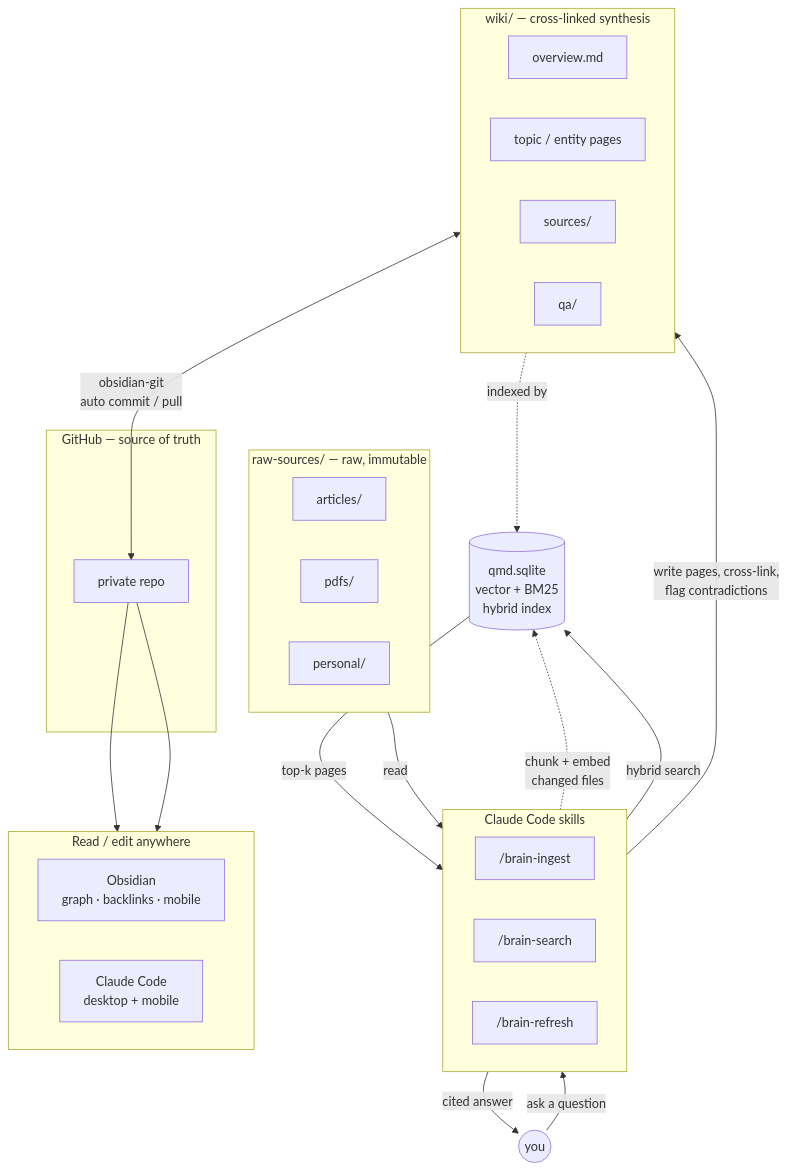
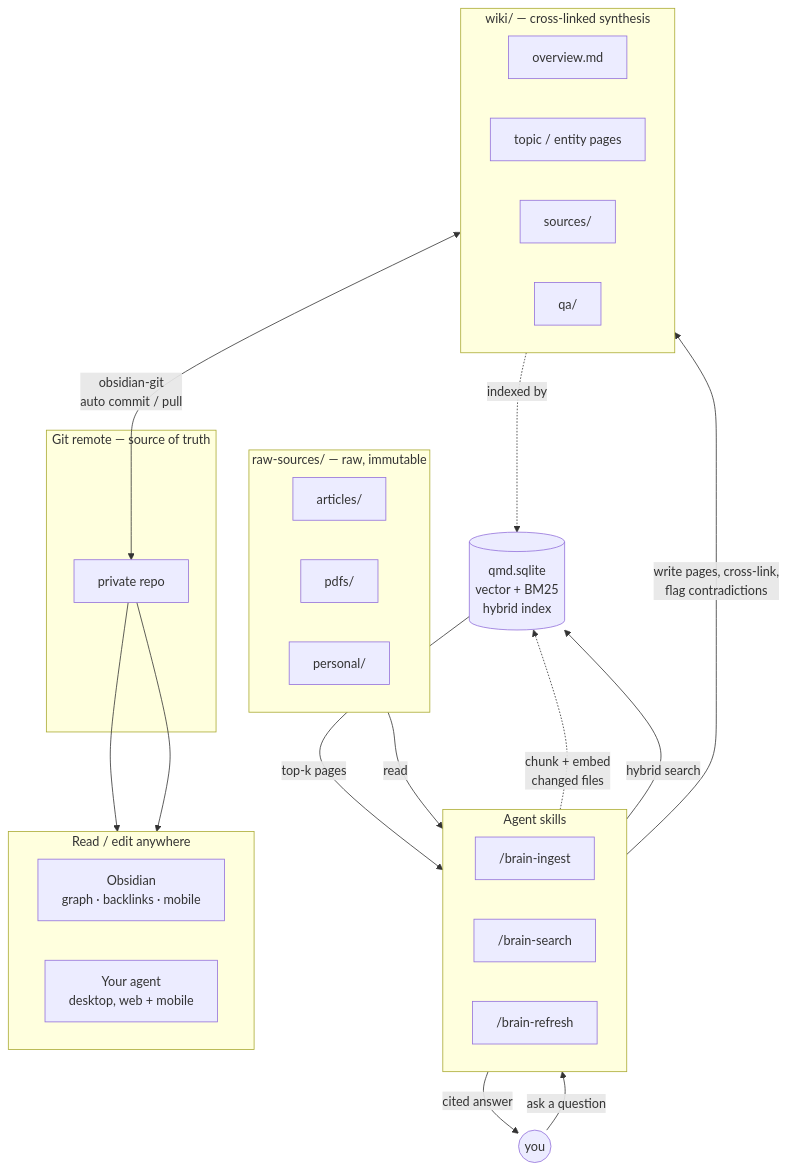
Before and after one commit to jessepinkman9900/claude-second-brain: the diagram in concepts/how-it-works.md, drawn with Mermaid. The commit also changed other lines of this file and 42 other files, not shown here.

````diff
--- a/concepts/how-it-works.md
+++ b/concepts/how-it-works.md
@@ -5,50 +5,50 @@
 ```mermaid
 flowchart TB
   subgraph Sources["raw-sources/ — raw, immutable"]
     direction LR
     S1[articles/]
     S2[pdfs/]
     S3[personal/]
   end
 
-  subgraph Skills["Claude Code skills"]
+  subgraph Skills["Agent skills"]
     direction LR
     I["/brain-ingest"]
     Q["/brain-search"]
     R["/brain-refresh"]
   end
 
   subgraph Wiki["wiki/ — cross-linked synthesis"]
     direction LR
     W1[overview.md]
     W2[topic / entity pages]
     W3[sources/]
     W4[qa/]
   end
 
   QMD[("qmd.sqlite<br/>vector + BM25<br/>hybrid index")]
 
-  subgraph Remote["GitHub — source of truth"]
+  subgraph Remote["Git remote — source of truth"]
     GH[private repo]
   end
 
   subgraph Read["Read / edit anywhere"]
     direction LR
     OB["Obsidian<br/>graph · backlinks · mobile"]
-    CC["Claude Code<br/>desktop + mobile"]
+    CC["Your agent<br/>desktop, web + mobile"]
   end
 
   User((you))
 
   Sources -->|read| I
   I -->|write pages, cross-link,<br/>flag contradictions| Wiki
   R -.->|chunk + embed<br/>changed files| QMD
   Wiki -.->|indexed by| QMD
   User -->|ask a question| Q
   Q -->|hybrid search| QMD
   QMD -->|top-k pages| Q
   Q -->|cited answer| User
   Wiki <-->|"obsidian-git<br/>auto commit / pull"| GH
   GH --> OB
   GH --> CC
 ```
````
